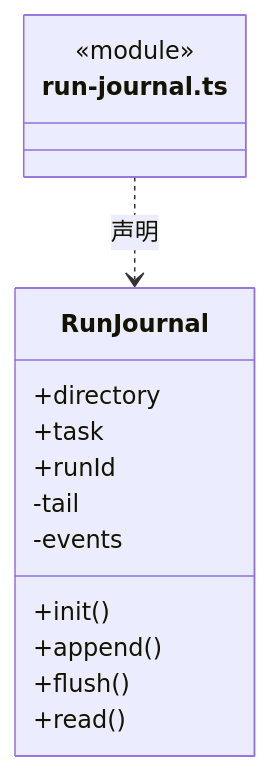
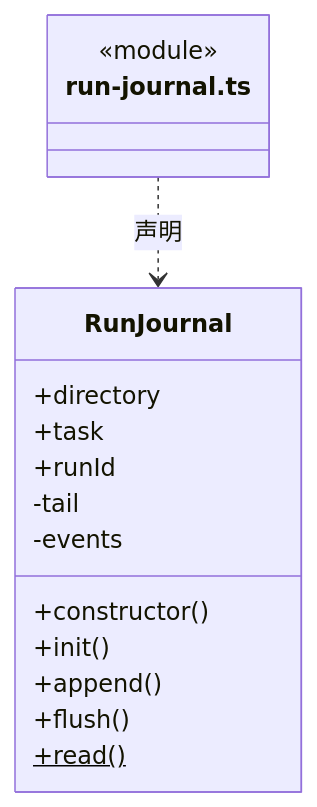
One commit to nan023062/cbim changed the second of 4 diagrams in src/logic/execution/storage/ARCHITECTURE.md. Above: the diagram before and after it, drawn with Mermaid. The commit also changed other lines of this file and 139 other files, not shown here.

Commit message:
docs(architecture): add source reading paths and complete file inventories

````diff
--- a/src/logic/execution/storage/ARCHITECTURE.md
+++ b/src/logic/execution/storage/ARCHITECTURE.md
@@ -40,18 +45,19 @@
 ```mermaid
 classDiagram
 class N_src_logic_execution_storage_run_journal_ts["run-journal.ts"] {
   <<module>>
 }
 class N_src_logic_execution_storage_run_journal_ts_RunJournal["RunJournal"] {
   +directory
   +task
   +runId
+  +constructor()
   +init()
   +append()
   +flush()
-  +read()
+  +read()$
   -tail
   -events
 }
 N_src_logic_execution_storage_run_journal_ts ..> N_src_logic_execution_storage_run_journal_ts_RunJournal : 声明
 ```
````
